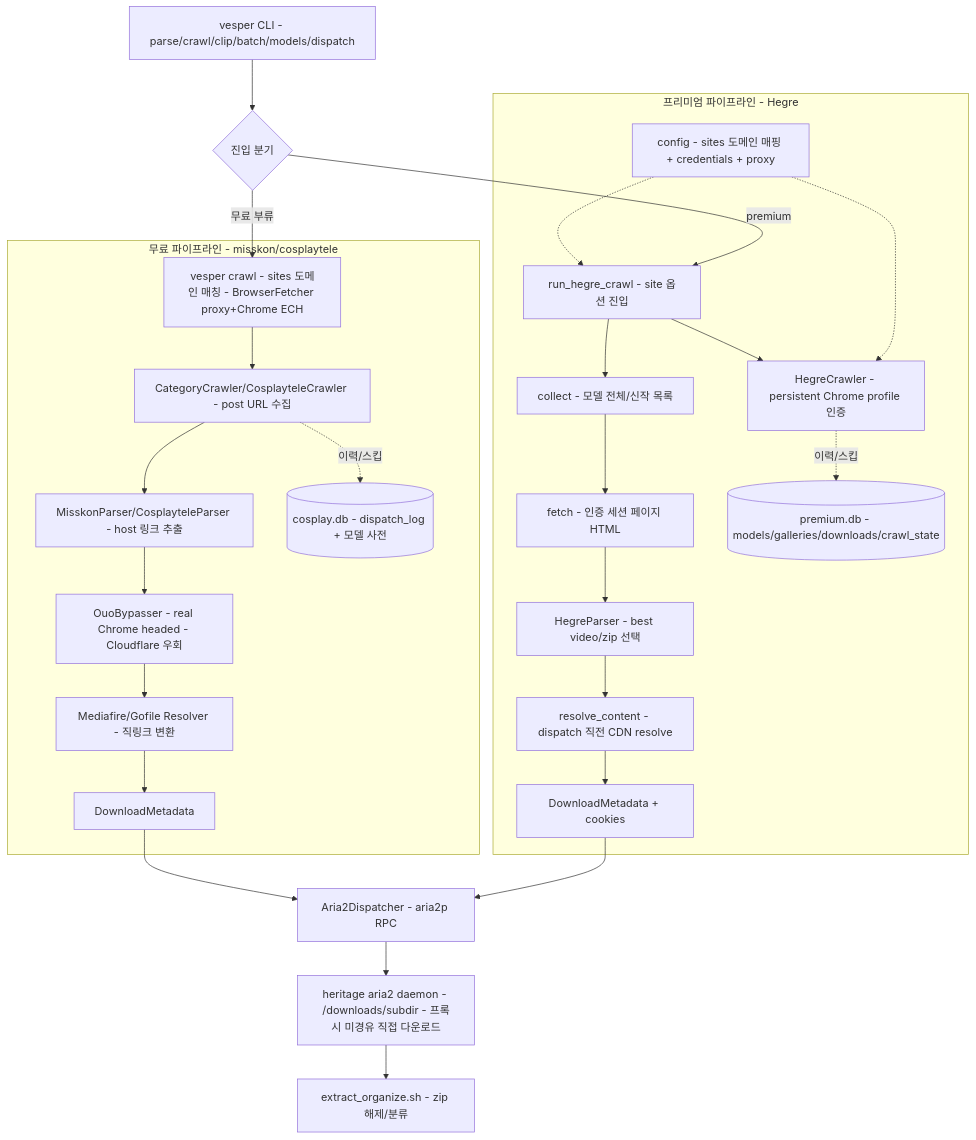
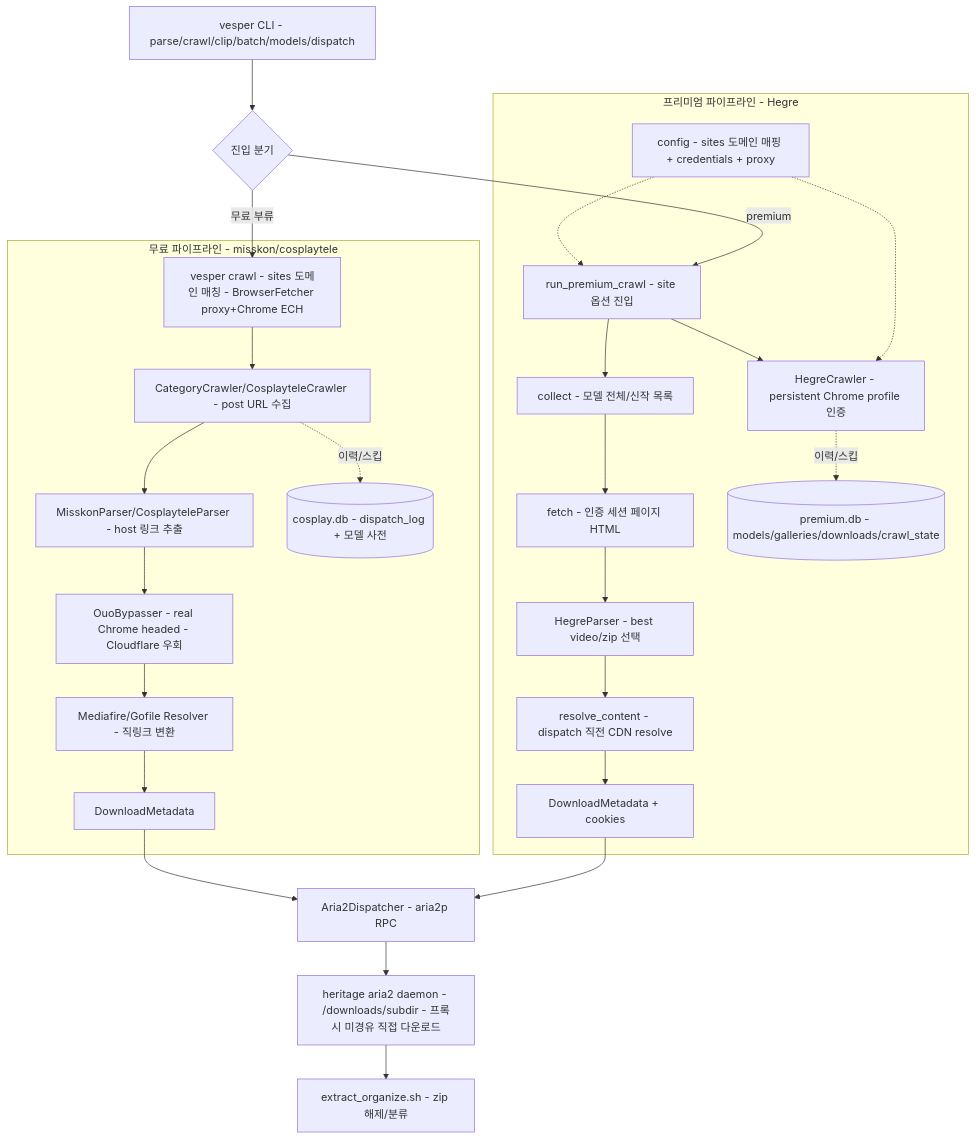
Before and after one commit to deuxksy/Vesper-X: the second of 2 diagrams in README.md, drawn with Mermaid. The commit also changed 3 other files, not shown here.

````diff
--- a/README.md
+++ b/README.md
@@ -34,34 +34,34 @@
 ```mermaid
 graph TD
     subgraph FREE[무료 파이프라인 - misskon/cosplaytele]
         F1[vesper crawl - sites 도메인 매칭 - BrowserFetcher proxy+Chrome ECH]
         F1 --> F2[CategoryCrawler/CosplayteleCrawler - post URL 수집]
         F2 --> F3[MisskonParser/CosplayteleParser - host 링크 추출]
         F3 --> F4[OuoBypasser - real Chrome headed - Cloudflare 우회]
         F4 --> F5[Mediafire/Gofile Resolver - 직링크 변환]
         F5 --> FM[DownloadMetadata]
         F2 -.이력/스킵.-> CDB[(cosplay.db - dispatch_log + 모델 사전)]
     end
 
     subgraph PREM[프리미엄 파이프라인 - Hegre]
-        P1[run_hegre_crawl - site 옵션 진입]
+        P1[run_premium_crawl - site 옵션 진입]
         P1 --> P2[HegreCrawler - persistent Chrome profile 인증]
         P1 --> P3[collect - 모델 전체/신작 목록]
         P3 --> P4[fetch - 인증 세션 페이지 HTML]
         P4 --> P5[HegreParser - best video/zip 선택]
         P5 --> P6[resolve_content - dispatch 직전 CDN resolve]
         P6 --> PM[DownloadMetadata + cookies]
         P2 -.이력/스킵.-> PDB[(premium.db - models/galleries/downloads/crawl_state)]
         CFG[config - sites 도메인 매핑 + credentials + proxy]
         CFG -.-> P1
         CFG -.-> P2
     end
 
     CLI[vesper CLI - parse/crawl/clip/batch/models/dispatch] --> BR{진입 분기}
     BR -->|무료 부류| F1
     BR -->|premium| P1
     FM --> AR[Aria2Dispatcher - aria2p RPC]
     PM --> AR
     AR --> HD[heritage aria2 daemon - /downloads/subdir - 프록시 미경유 직접 다운로드]
     HD --> EX[extract_organize.sh - zip 해제/분류]
 ```
````
